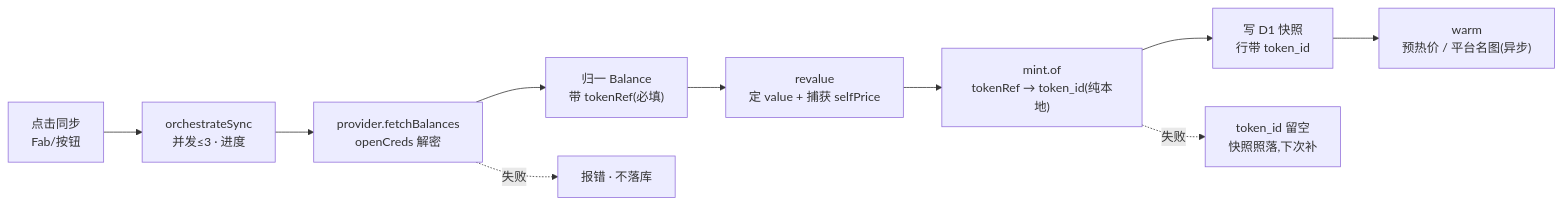
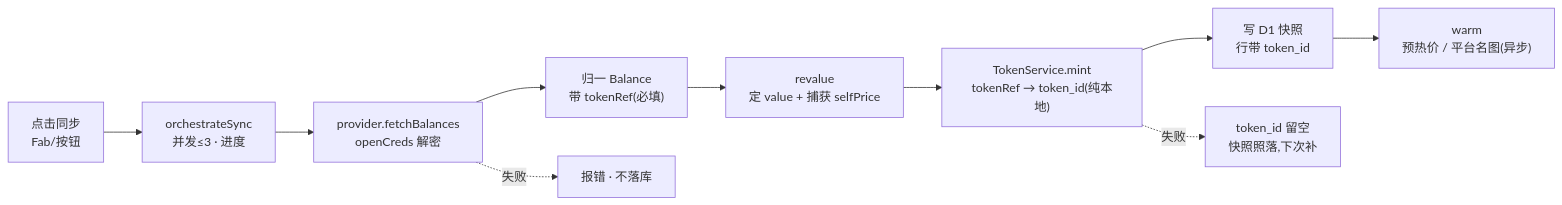
One commit to x0finch/folio2 changed the first of 2 diagrams in docs/architecture/01-data-flow.md. Above: the diagram before and after it, drawn with Mermaid. The commit also changed other lines of this file and 44 other files, not shown here.

````diff
--- a/docs/architecture/01-data-flow.md
+++ b/docs/architecture/01-data-flow.md
@@ -21,12 +21,12 @@
 ```mermaid
 flowchart LR
     U["点击同步<br/>Fab/按钮"] --> O["orchestrateSync<br/>并发≤3 · 进度"]
     O --> F["provider.fetchBalances<br/>openCreds 解密"]
     F --> N["归一 Balance<br/>带 tokenRef(必填)"]
     N --> RV["revalue<br/>定 value + 捕获 selfPrice"]
-    RV --> M["mint.of<br/>tokenRef → token_id(纯本地)"]
+    RV --> M["TokenService.mint<br/>tokenRef → token_id(纯本地)"]
     M --> S["写 D1 快照<br/>行带 token_id"]
     F -.失败.-> E["报错 · 不落库"]
     M -.失败.-> M2["token_id 留空<br/>快照照落,下次补"]
     S --> W["warm<br/>预热价 / 平台名图(异步)"]
 ```
````
